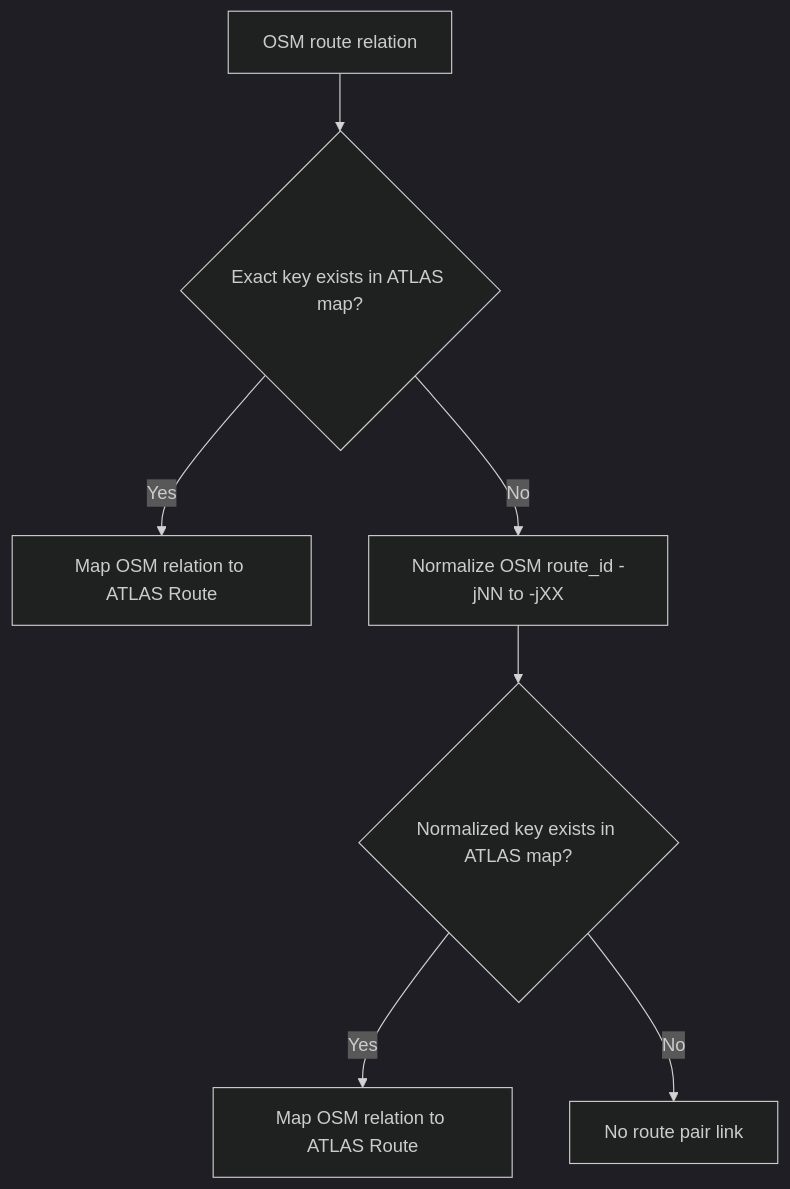
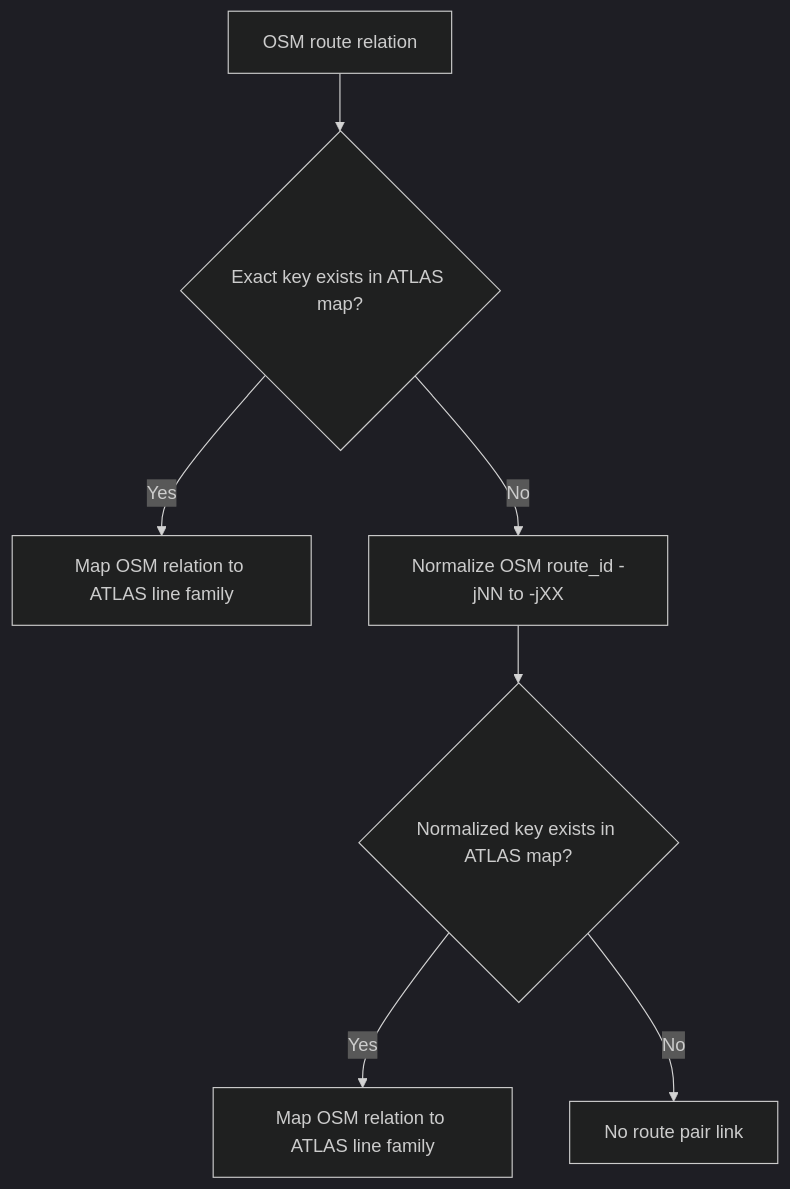
Before and after one commit to openTdataCH/stop_sync_osm_atlas: the second of 2 diagrams in documentation/1.4 Route-Route Matching.md, drawn with Mermaid (dark theme). The commit also changed other lines of this file and 59 other files, not shown here.

````diff
--- a/documentation/1.4 Route-Route Matching.md
+++ b/documentation/1.4 Route-Route Matching.md
@@ -53,9 +53,9 @@
 ```mermaid
 flowchart TD
-    O[OSM route relation] --> E{Exact key exists in ATLAS map?}
-    E -->|Yes| M1[Map OSM relation to ATLAS Route]
+   O[OSM route relation] --> E{Exact key exists in ATLAS map?}
+   E -->|Yes| M1[Map OSM relation to ATLAS line family]
     E -->|No| N[Normalize OSM route_id -jNN to -jXX]
     N --> F{Normalized key exists in ATLAS map?}
-    F -->|Yes| M2[Map OSM relation to ATLAS Route]
+   F -->|Yes| M2[Map OSM relation to ATLAS line family]
     F -->|No| X[No route pair link]
 ```
````
